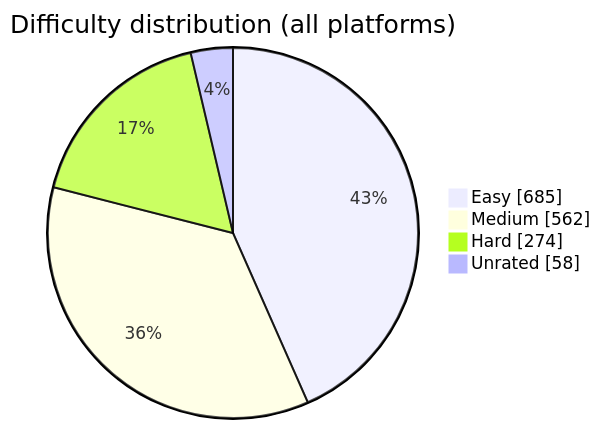
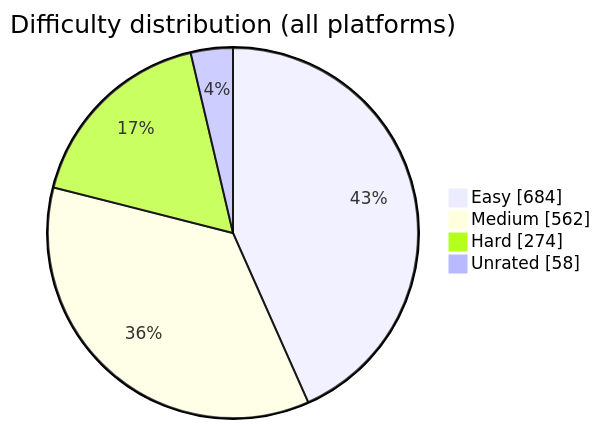
The diagram in README.md (BuildbyArindam/Daily-Coding-Log), drawn with Mermaid before and after one commit. The commit also changed other lines of this file, not shown here.

````diff
--- a/README.md
+++ b/README.md
@@ -93,7 +93,7 @@
 ```mermaid
 pie showData title Difficulty distribution (all platforms)
-    "Easy" : 685
+    "Easy" : 684
     "Medium" : 562
     "Hard" : 274
     "Unrated" : 58
 ```
````
